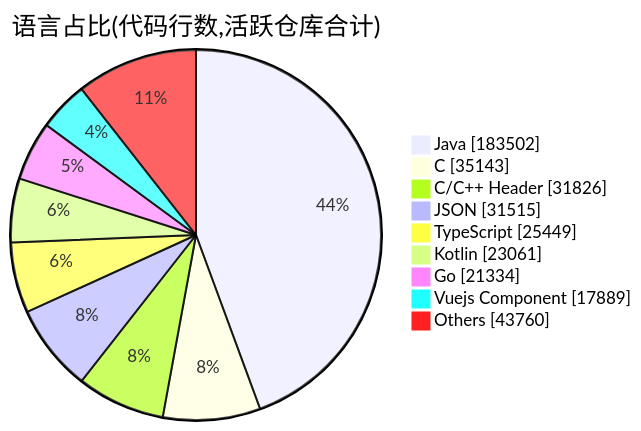
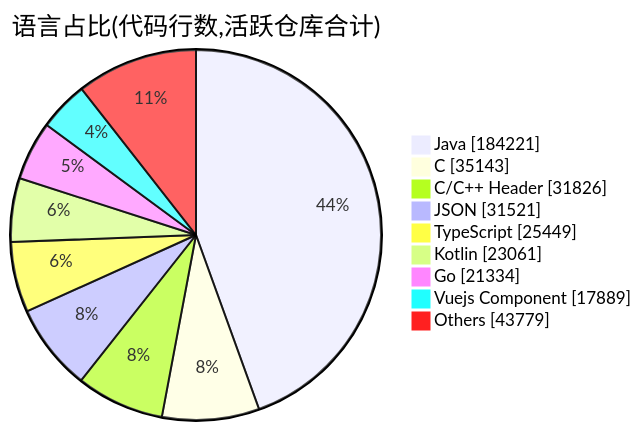
The second of 2 diagrams in profile/README.md (Conflux-Union/.github), drawn with Mermaid before and after one commit. The commit also changed other lines of this file and 1 other file, not shown here.

````diff
--- a/profile/README.md
+++ b/profile/README.md
@@ -81,13 +81,13 @@
 ```mermaid
 pie showData
     title 语言占比(代码行数,活跃仓库合计)
-    "Java" : 183502
+    "Java" : 184221
     "C" : 35143
     "C/C++ Header" : 31826
-    "JSON" : 31515
+    "JSON" : 31521
     "TypeScript" : 25449
     "Kotlin" : 23061
     "Go" : 21334
     "Vuejs Component" : 17889
-    "Others" : 43760
+    "Others" : 43779
 ```
````
